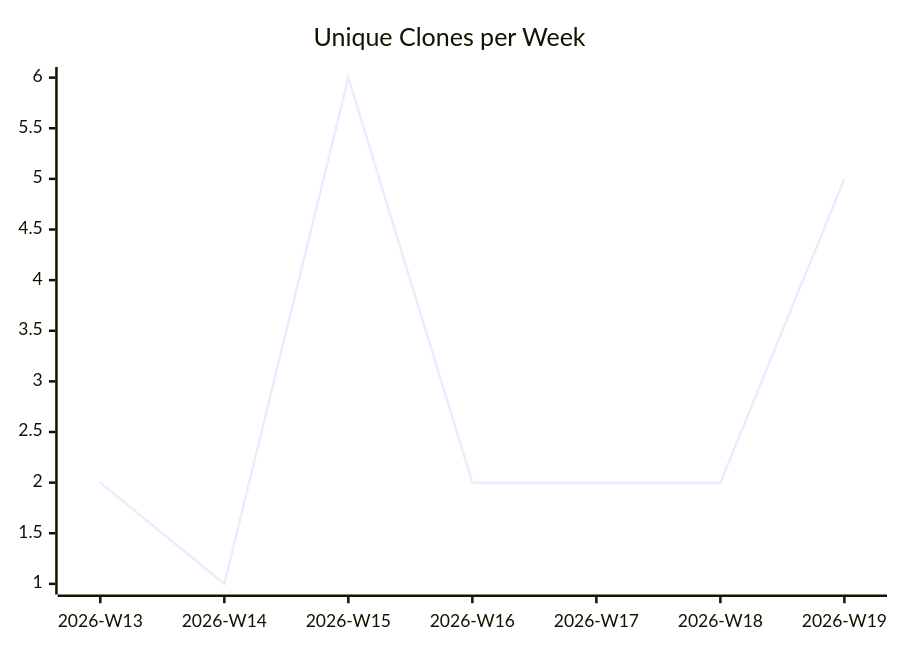
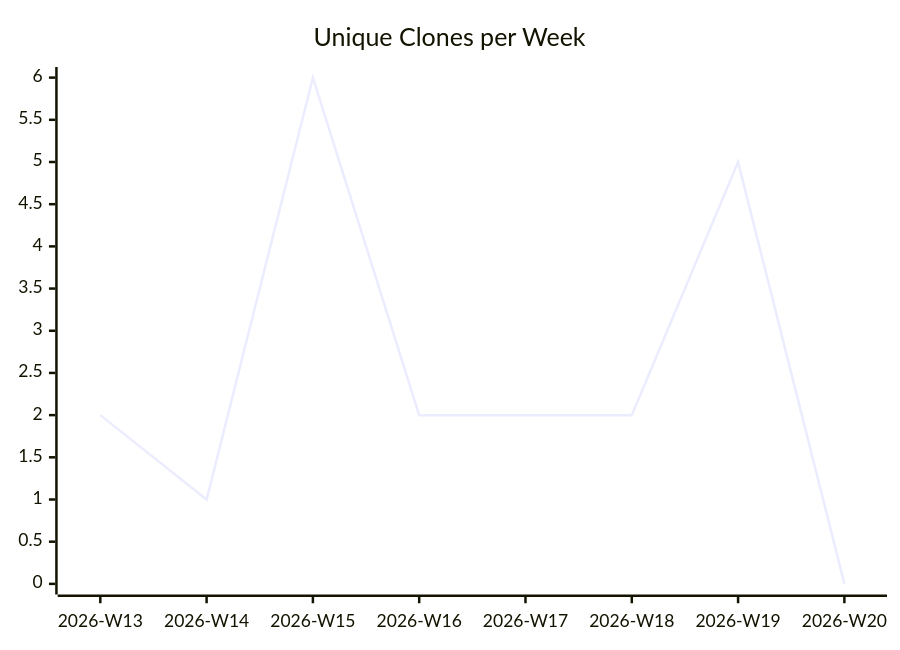
The third of 3 diagrams in karlmdavis/m2e-core/README.md (justdavis-family/github-analytics-data), drawn with Mermaid before and after one commit. The commit also changed other lines of this file and 176 other files, not shown here.

````diff
--- a/karlmdavis/m2e-core/README.md
+++ b/karlmdavis/m2e-core/README.md
@@ -19,6 +19,6 @@
 ```mermaid
 xychart-beta
   title "Unique Clones per Week"
-  x-axis ["2026-W13", "2026-W14", "2026-W15", "2026-W16", "2026-W17", "2026-W18", "2026-W19"]
-  line [2, 1, 6, 2, 2, 2, 5]
+  x-axis ["2026-W13", "2026-W14", "2026-W15", "2026-W16", "2026-W17", "2026-W18", "2026-W19", "2026-W20"]
+  line [2, 1, 6, 2, 2, 2, 5, 0]
 ```
````
